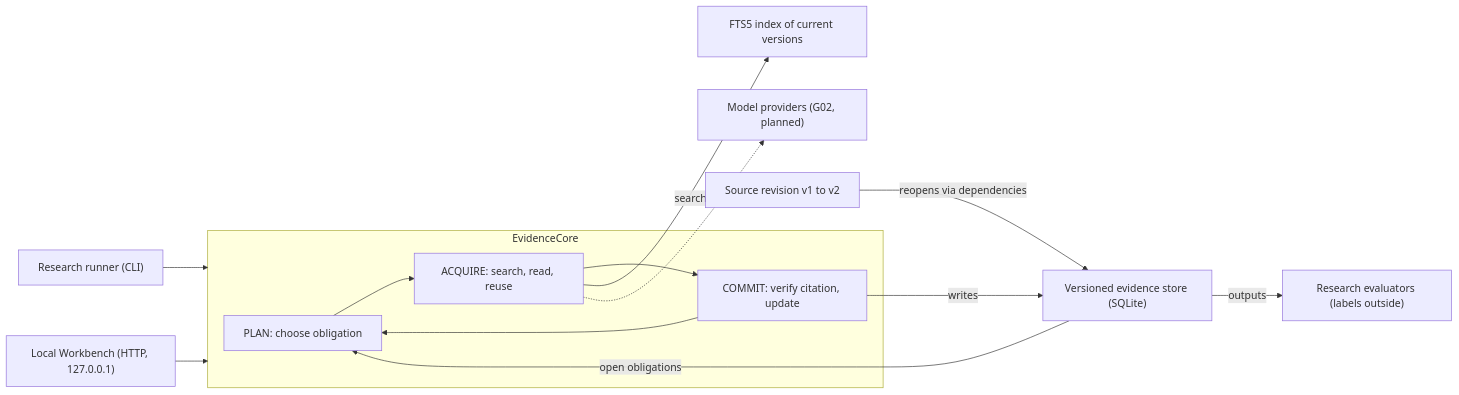
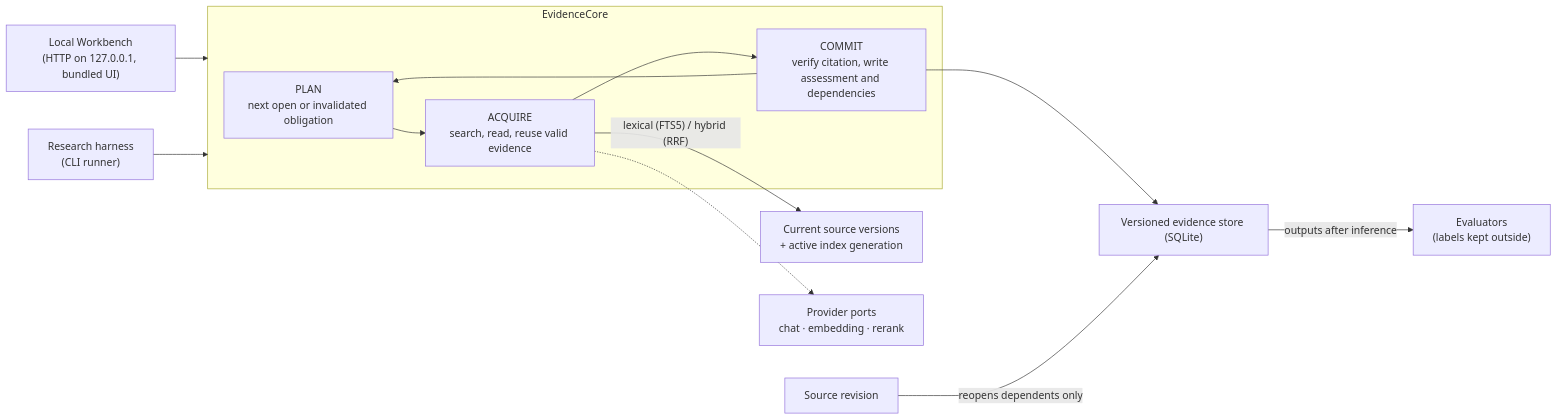
Before and after one commit to siriponsri/patent-to-pilot: the diagram in README.md, drawn with Mermaid. The commit also changed other lines of this file and 44 other files, not shown here.

````diff
--- a/README.md
+++ b/README.md
@@ -96,16 +91,15 @@
 ```mermaid
 flowchart LR
-    R["Research runner (CLI)"] --> C
-    W["Local Workbench (HTTP, 127.0.0.1)"] --> C
+    W["Local Workbench<br/>(HTTP on 127.0.0.1, bundled UI)"] --> C
+    R["Research harness<br/>(CLI runner)"] --> C
     subgraph C["EvidenceCore"]
-        P["PLAN: choose obligation"] --> A["ACQUIRE: search, read, reuse"]
-        A --> K["COMMIT: verify citation, update"]
+        P["PLAN<br/>next open or invalidated obligation"] --> A["ACQUIRE<br/>search, read, reuse valid evidence"]
+        A --> K["COMMIT<br/>verify citation, write assessment and dependencies"]
         K --> P
     end
-    A -- search --> I["FTS5 index of current versions"]
-    K -- writes --> S["Versioned evidence store (SQLite)"]
-    S -- open obligations --> P
-    X["Source revision v1 to v2"] -- reopens via dependencies --> S
-    A -.-> M["Model providers (G02, planned)"]
-    S -- outputs --> E["Research evaluators (labels outside)"]
+    A -- "lexical (FTS5) / hybrid (RRF)" --> I["Current source versions<br/>+ active index generation"]
+    A -.-> M["Provider ports<br/>chat · embedding · rerank"]
+    K --> S["Versioned evidence store (SQLite)"]
+    X["Source revision"] -- "reopens dependents only" --> S
+    S -- "outputs after inference" --> E["Evaluators<br/>(labels kept outside)"]
 ```
````
